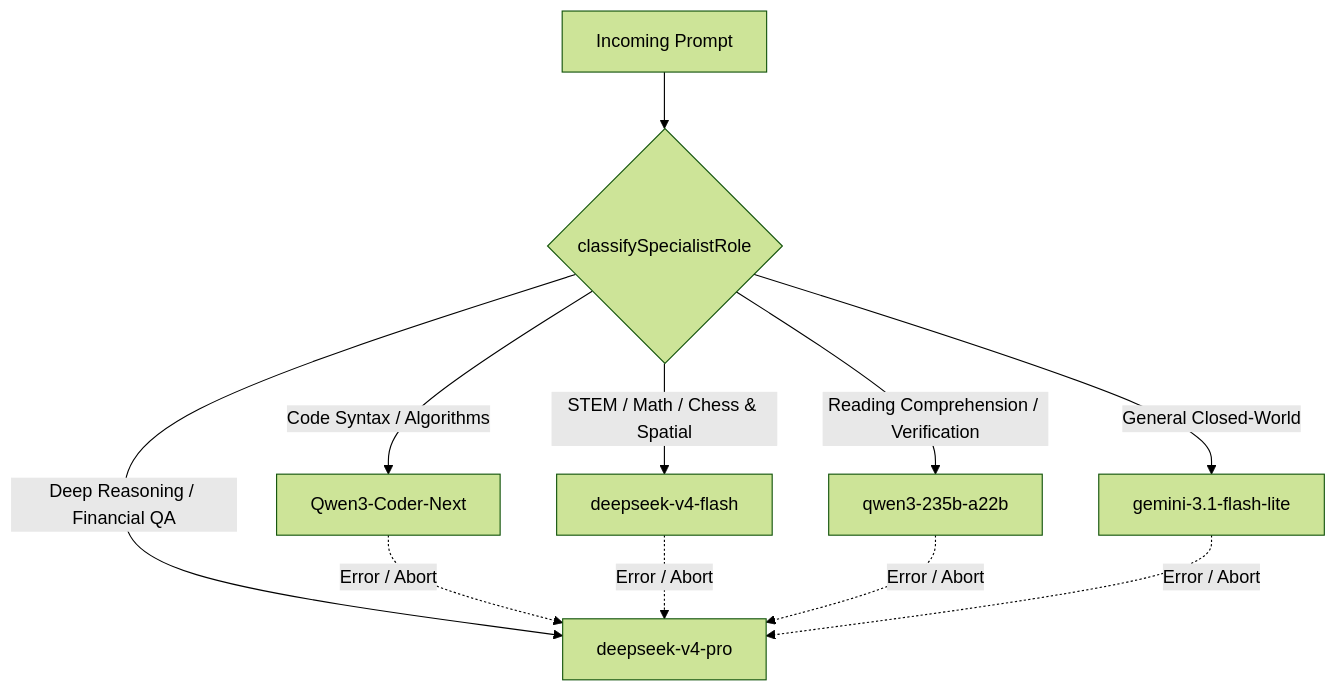
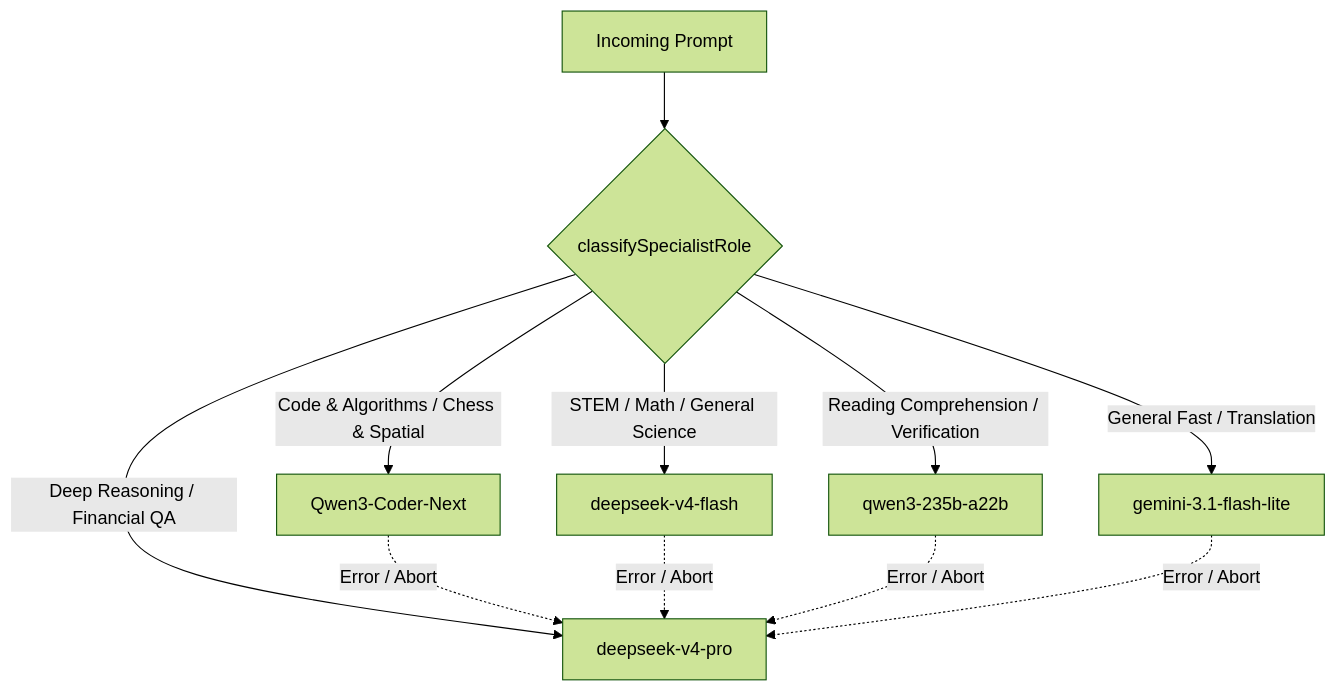
The diagram in README.md (kruschdev/krusch-cascade-router), drawn with Mermaid (forest theme) before and after one commit. The commit also changed other lines of this file and 4 other files, not shown here.

````diff
--- a/README.md
+++ b/README.md
@@ -157,13 +157,13 @@
 ```mermaid
 graph TD;
     A[Incoming Prompt] --> CR{classifySpecialistRole};
-    CR -- Code Syntax / Algorithms --> C1[Qwen3-Coder-Next];
-    CR -- STEM / Math / Chess & Spatial --> C2[deepseek-v4-flash];
+    CR -- Code & Algorithms / Chess & Spatial --> C1[Qwen3-Coder-Next];
+    CR -- STEM / Math / General Science --> C2[deepseek-v4-flash];
     CR -- Reading Comprehension / Verification --> C3[qwen3-235b-a22b];
-    CR -- General Closed-World --> C4[gemini-3.1-flash-lite];
+    CR -- General Fast / Translation --> C4[gemini-3.1-flash-lite];
     CR -- Deep Reasoning / Financial QA --> C5[deepseek-v4-pro];
     C1 -. Error / Abort .-> C5;
     C2 -. Error / Abort .-> C5;
     C3 -. Error / Abort .-> C5;
     C4 -. Error / Abort .-> C5;
 ```
````
